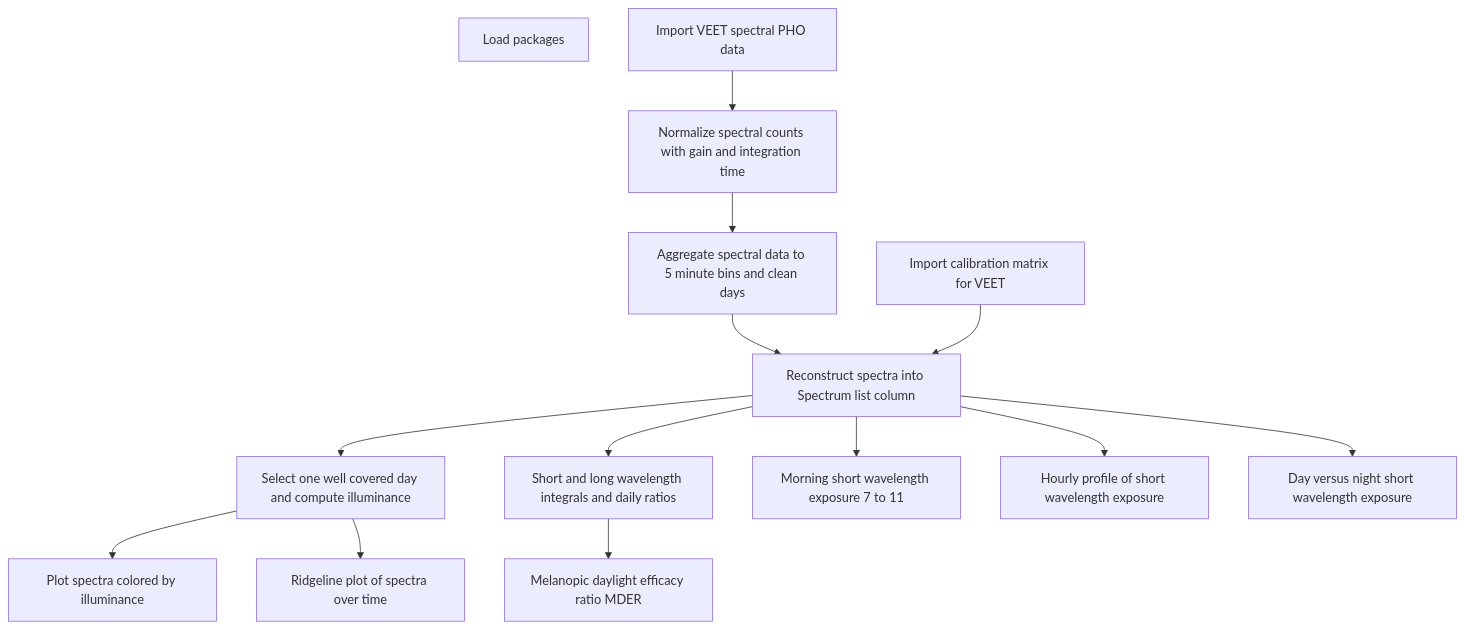
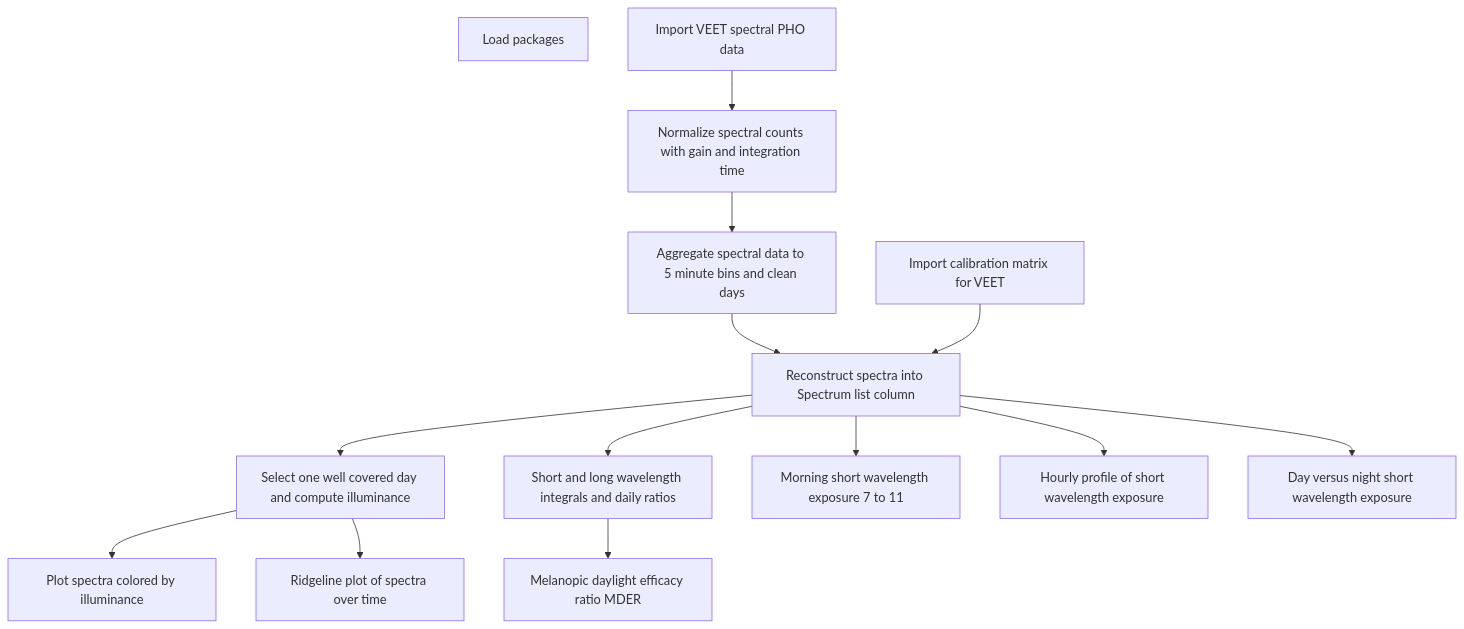
Before and after one commit to tscnlab/LightLogR_webinar: the first of 2 diagrams in _adv_04_mermaid.qmd, drawn with Mermaid. The commit also changed other lines of this file and 101 other files, not shown here.

````diff
--- a/_adv_04_mermaid.qmd
+++ b/_adv_04_mermaid.qmd
@@ -3,42 +3,43 @@
 ```{mermaid}
 %%| echo: false
 %%| fig-width: 8
+%%{init: {"flowchart": {"diagramPadding": 40}}}%%
 %%| fig-cap: "Part 1: spectrum."
 
 flowchart TD
 
 %% ===== Setup =====
 P[Load packages]
 
 %% ===== Spectral stream  PHO modality =====
 S_IMP[Import VEET spectral PHO data]
 S_NORM[Normalize spectral counts with gain and integration time]
 S_AGG[Aggregate spectral data to 5 minute bins and clean days]
 S_CALMAT[Import calibration matrix for VEET]
 S_RECON[Reconstruct spectra into Spectrum list column]
 S_SAMPLE[Select one well covered day and compute illuminance]
 S_PLOT1[Plot spectra colored by illuminance]
 S_PLOT2[Ridgeline plot of spectra over time]
 
 S_IMP --> S_NORM
 S_NORM --> S_AGG
 S_AGG --> S_RECON
 S_CALMAT --> S_RECON
 S_RECON --> S_SAMPLE
 S_SAMPLE --> S_PLOT1
 S_SAMPLE --> S_PLOT2
 
 %% ===== Spectral metrics from reconstructed spectra =====
 M_SHORTLONG[Short and long wavelength integrals and daily ratios]
 M_MDER[Melanopic daylight efficacy ratio MDER]
 M_MORNING[Morning short wavelength exposure 7 to 11]
 M_HOURLY[Hourly profile of short wavelength exposure]
 M_DAYNIGHT[Day versus night short wavelength exposure]
 
 S_RECON --> M_SHORTLONG
 M_SHORTLONG --> M_MDER
 S_RECON --> M_MORNING
 S_RECON --> M_HOURLY
 S_RECON --> M_DAYNIGHT
 
 ```
````
